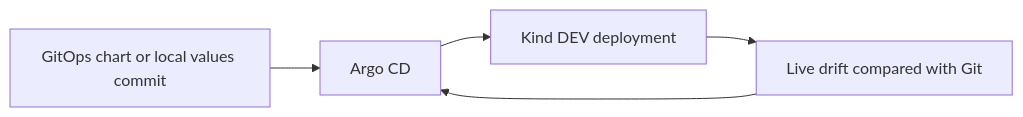
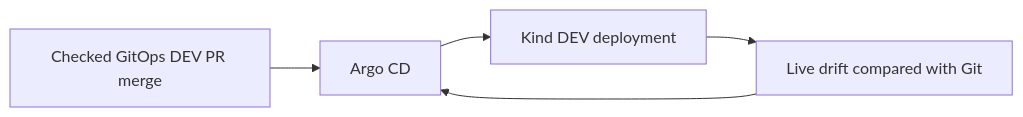
Before and after one commit to prasanthece42/aegis-cicd: the second of 2 diagrams in README.md, drawn with Mermaid. The commit also changed other lines of this file and 5 other files, not shown here.

````diff
--- a/README.md
+++ b/README.md
@@ -38,7 +42,7 @@
 ```mermaid
 flowchart LR
-    Git[GitOps chart or local values commit] --> Argo[Argo CD]
+    Git[Checked GitOps DEV PR merge] --> Argo[Argo CD]
     Argo --> Kind[Kind DEV deployment]
     Kind --> Drift[Live drift compared with Git]
     Drift --> Argo
 ```
````
